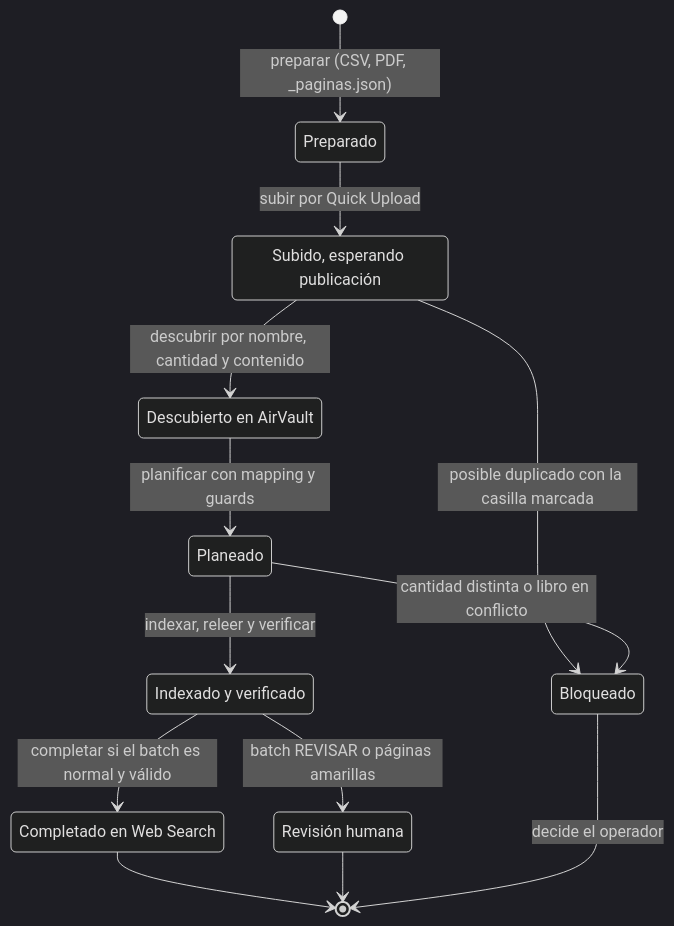
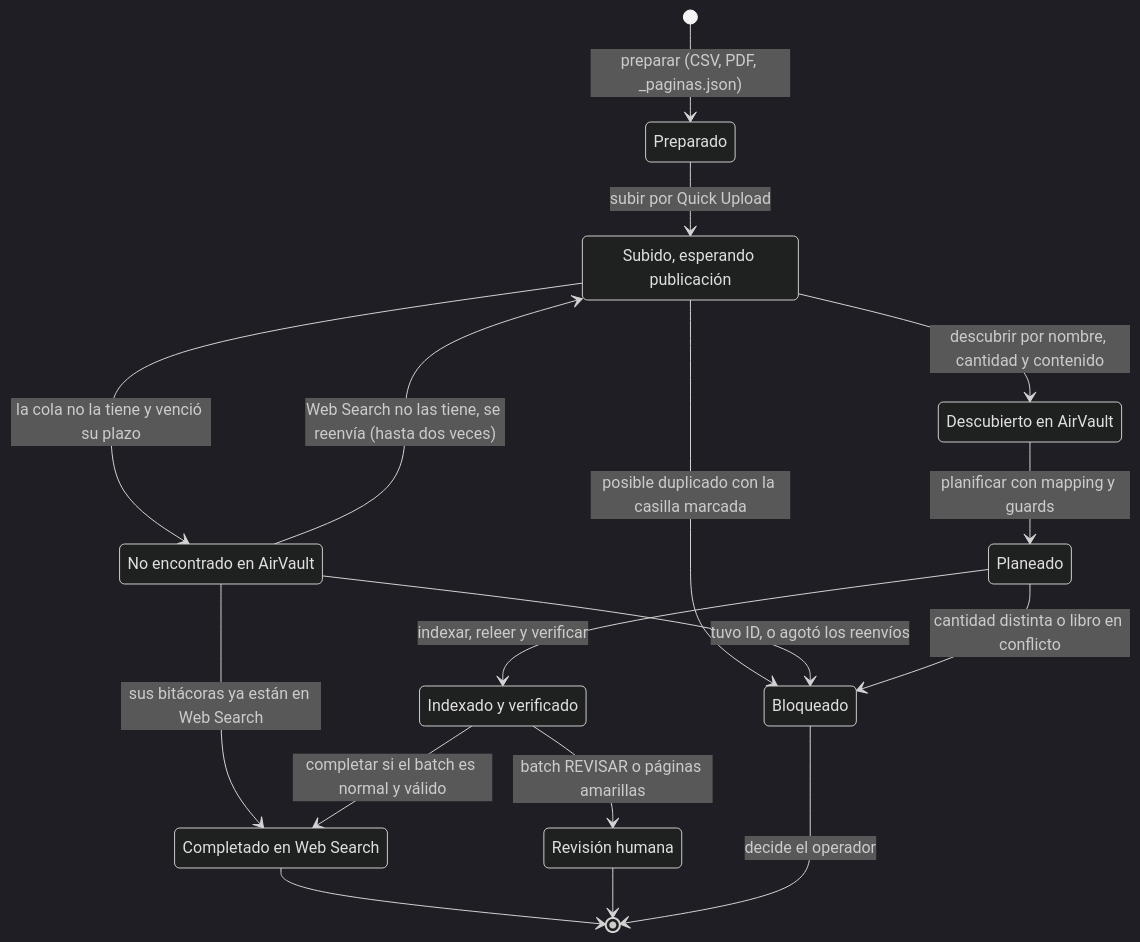
One commit to lviloriabas/bits changed the seventh of 7 diagrams in docs/TECNICO.md. Above: the diagram before and after it, drawn with Mermaid (dark theme). The commit also changed other lines of this file and 2 other files, not shown here.

````diff
--- a/docs/TECNICO.md
+++ b/docs/TECNICO.md
@@ -347,24 +347,29 @@
 ```mermaid
 stateDiagram-v2
     state "Preparado" as Preparado
     state "Subido, esperando publicación" as Subido
     state "Descubierto en AirVault" as Descubierto
     state "Planeado" as Planeado
     state "Indexado y verificado" as Indexado
     state "Completado en Web Search" as Completado
     state "Revisión humana" as Humana
     state "Bloqueado" as Bloqueado
+    state "No encontrado en AirVault" as Ausente
 
     [*] --> Preparado: preparar (CSV, PDF, _paginas.json)
     Preparado --> Subido: subir por Quick Upload
     Subido --> Descubierto: descubrir por nombre, cantidad y contenido
     Subido --> Bloqueado: posible duplicado con la casilla marcada
+    Subido --> Ausente: la cola no la tiene y venció su plazo
+    Ausente --> Completado: sus bitácoras ya están en Web Search
+    Ausente --> Subido: Web Search no las tiene, se reenvía (hasta dos veces)
+    Ausente --> Bloqueado: tuvo ID, o agotó los reenvíos
     Descubierto --> Planeado: planificar con mapping y guards
     Planeado --> Bloqueado: cantidad distinta o libro en conflicto
     Planeado --> Indexado: indexar, releer y verificar
     Indexado --> Completado: completar si el batch es normal y válido
     Indexado --> Humana: batch REVISAR o páginas amarillas
     Completado --> [*]
     Humana --> [*]
     Bloqueado --> [*]: decide el operador
 ```
````
